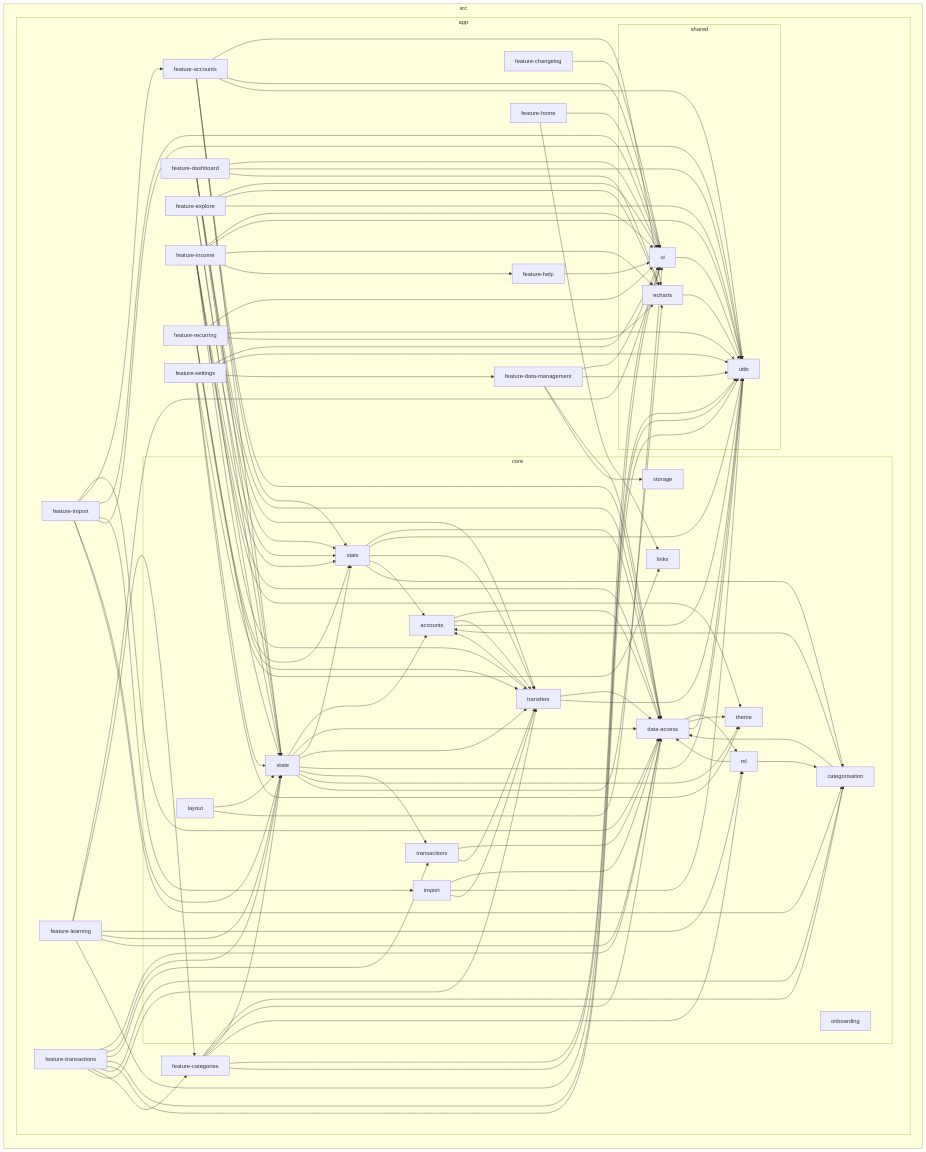
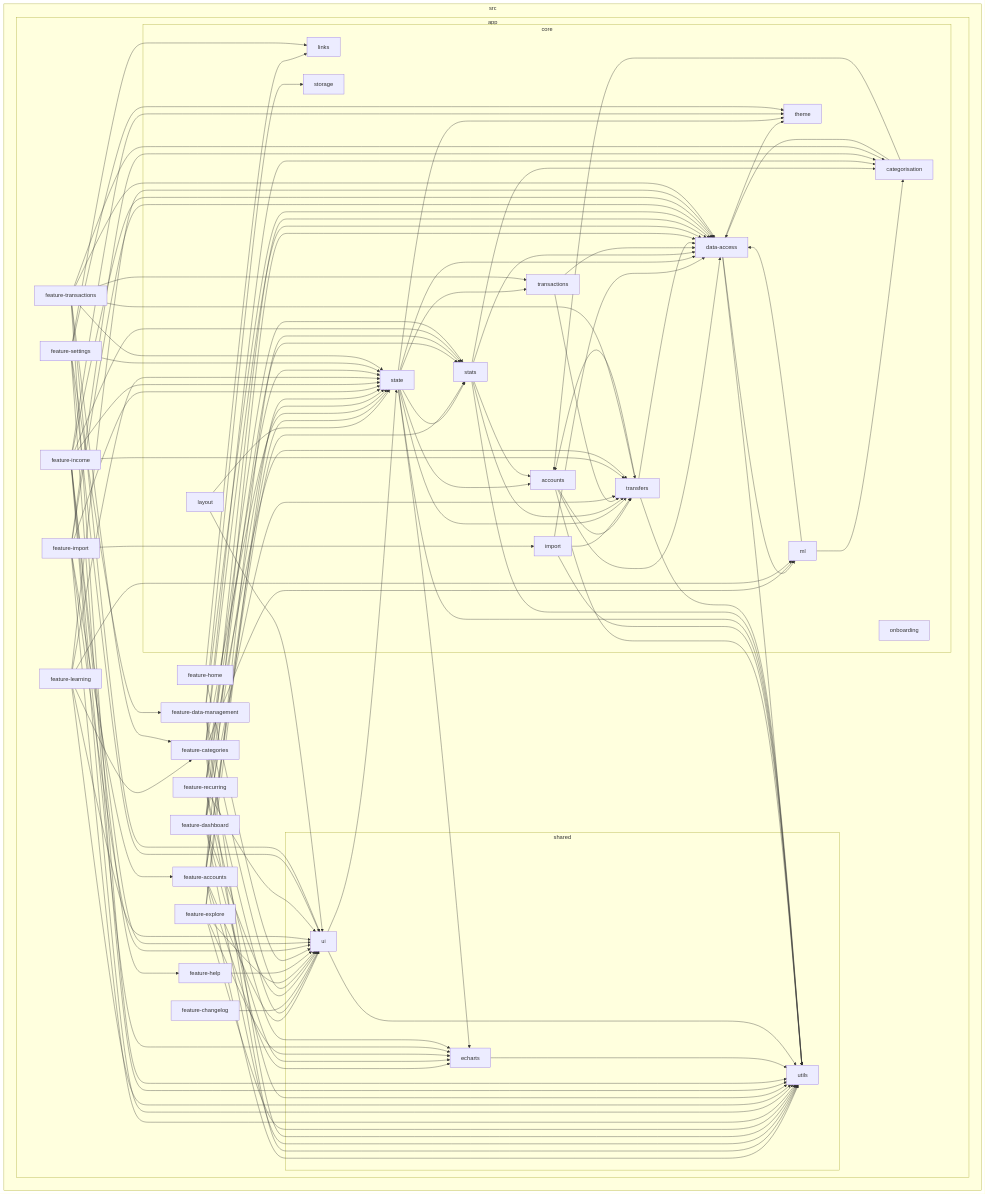
One commit to kevhauma/money-mosaic-v2 changed the diagram in reports/dependency-graph.mmd. Above: the diagram before and after it, drawn with Mermaid. The commit also changed 43 other files, not shown here.

```diff
--- a/reports/dependency-graph.mmd
+++ b/reports/dependency-graph.mmd
@@ -1,150 +1,151 @@
 flowchart LR
 
 subgraph 0["src"]
 subgraph 1["app"]
 subgraph 2["core"]
 3["accounts"]
 4["categorisation"]
 5["data-access"]
 6["import"]
 7["layout"]
 8["links"]
 9["ml"]
 A["onboarding"]
 B["state"]
 C["stats"]
 D["storage"]
 E["theme"]
 F["transactions"]
 G["transfers"]
 end
 H["feature-accounts"]
 I["feature-categories"]
 J["feature-changelog"]
 K["feature-dashboard"]
 L["feature-data-management"]
 M["feature-explore"]
 N["feature-help"]
 O["feature-home"]
 P["feature-import"]
 Q["feature-income"]
 R["feature-learning"]
 S["feature-recurring"]
 T["feature-settings"]
 U["feature-transactions"]
 subgraph V["shared"]
 W["echarts"]
 X["ui"]
 Y["utils"]
 end
 end
 end
 3-->5
 3-->G
 3-->Y
 4-->5
 4-->3
 5-->9
 5-->E
 5-->Y
 6-->5
 6-->Y
 6-->G
 7-->B
 7-->X
 9-->4
 9-->5
 B-->3
 B-->5
 B-->C
 B-->G
 B-->Y
 B-->F
 B-->E
 B-->W
 C-->5
 C-->Y
 C-->G
 C-->3
 C-->4
 F-->5
 F-->G
 G-->5
 G-->3
 G-->Y
 H-->5
 H-->W
 H-->B
 H-->X
 H-->Y
 H-->C
 I-->4
 I-->5
 I-->B
 I-->X
 I-->Y
 I-->9
 J-->X
 K-->5
 K-->B
 K-->X
 K-->Y
 K-->G
 K-->C
 K-->W
 L-->5
 L-->D
 L-->X
 L-->Y
 M-->B
 M-->X
 M-->C
 M-->W
 M-->Y
 N-->X
 O-->8
 O-->X
 P-->5
 P-->H
 P-->X
 P-->6
 P-->Y
 P-->B
 P-->4
 Q-->C
 Q-->X
 Q-->Y
 Q-->5
 Q-->B
 Q-->E
 Q-->G
 Q-->W
 Q-->N
 R-->X
 R-->I
 R-->9
 R-->B
 R-->5
 R-->Y
 S-->X
 S-->B
 S-->C
 S-->Y
 S-->G
 S-->W
 T-->X
 T-->8
 T-->B
 T-->Y
 T-->L
 T-->E
 U-->5
 U-->B
 U-->F
 U-->X
 U-->Y
 U-->4
 U-->I
 U-->G
 W-->Y
 X-->Y
+X-->B
```
